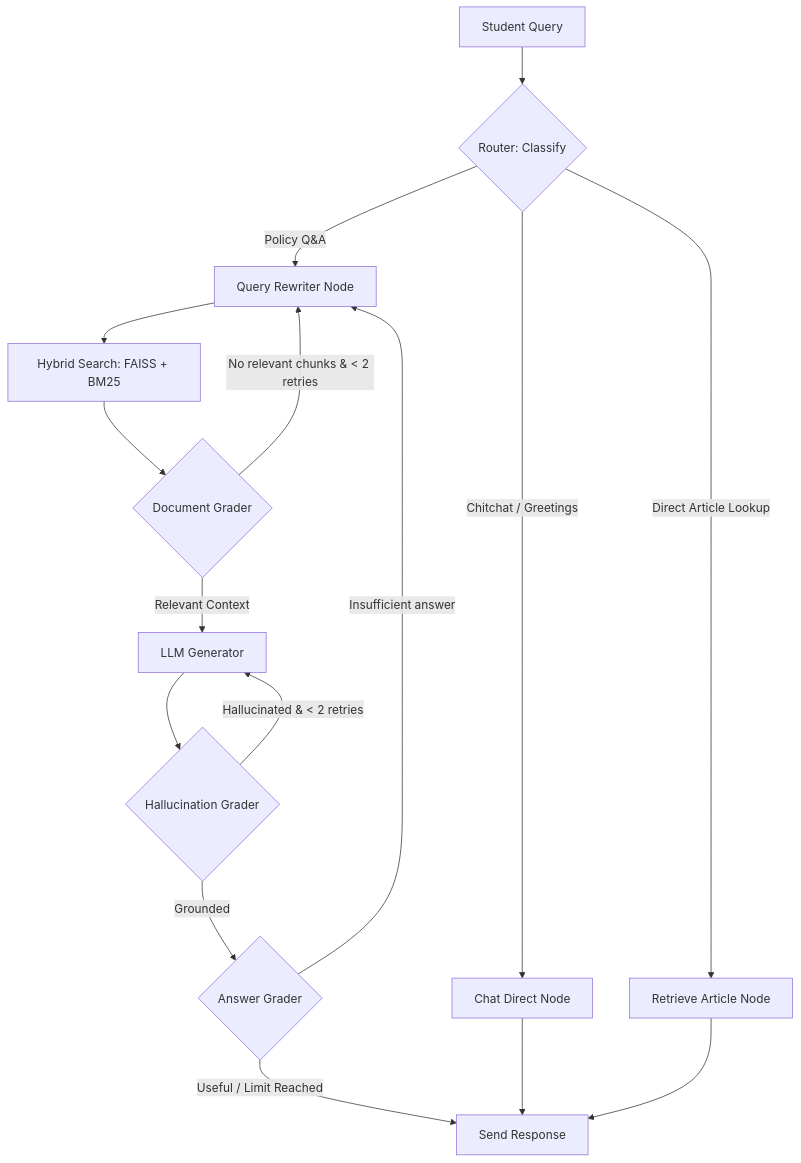
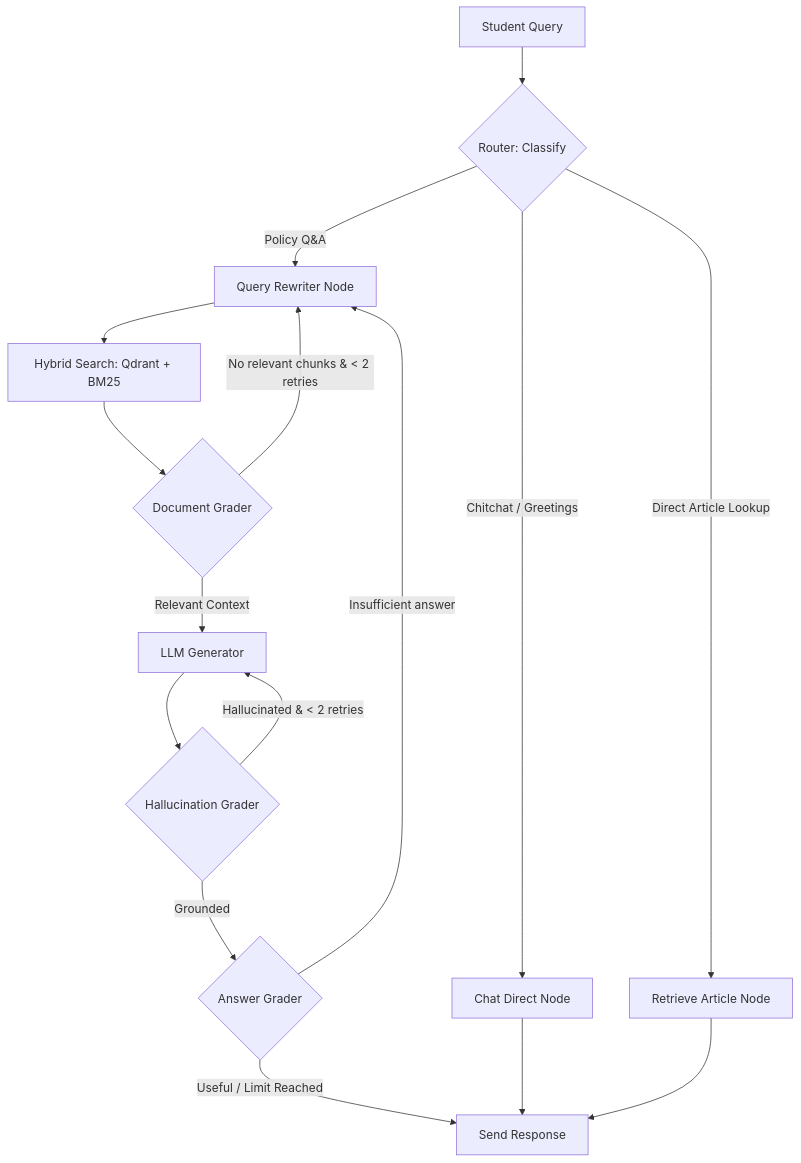
One commit to Truong99zvc/chatbot-rag changed the diagram in README.md. Above: the diagram before and after it, drawn with Mermaid. The commit also changed other lines of this file, not shown here.

Commit message:
docs: update README.md to use Qdrant and detail chunk caching

````diff
--- a/README.md
+++ b/README.md
@@ -46,18 +49,18 @@
 ```mermaid
 graph TD
     A[Student Query] --> B{Router: Classify}
     B -- Chitchat / Greetings --> C[Chat Direct Node]
     B -- Direct Article Lookup --> D[Retrieve Article Node]
     B -- Policy Q&A --> E[Query Rewriter Node]
-    E --> F[Hybrid Search: FAISS + BM25]
+    E --> F[Hybrid Search: Qdrant + BM25]
     F --> G{Document Grader}
     G -- No relevant chunks & < 2 retries --> E
     G -- Relevant Context --> H[LLM Generator]
     H --> I{Hallucination Grader}
     I -- Hallucinated & < 2 retries --> H
     I -- Grounded --> J{Answer Grader}
     J -- Insufficient answer --> E
     J -- Useful / Limit Reached --> K[Send Response]
     C --> K
     D --> K
 ```
````
